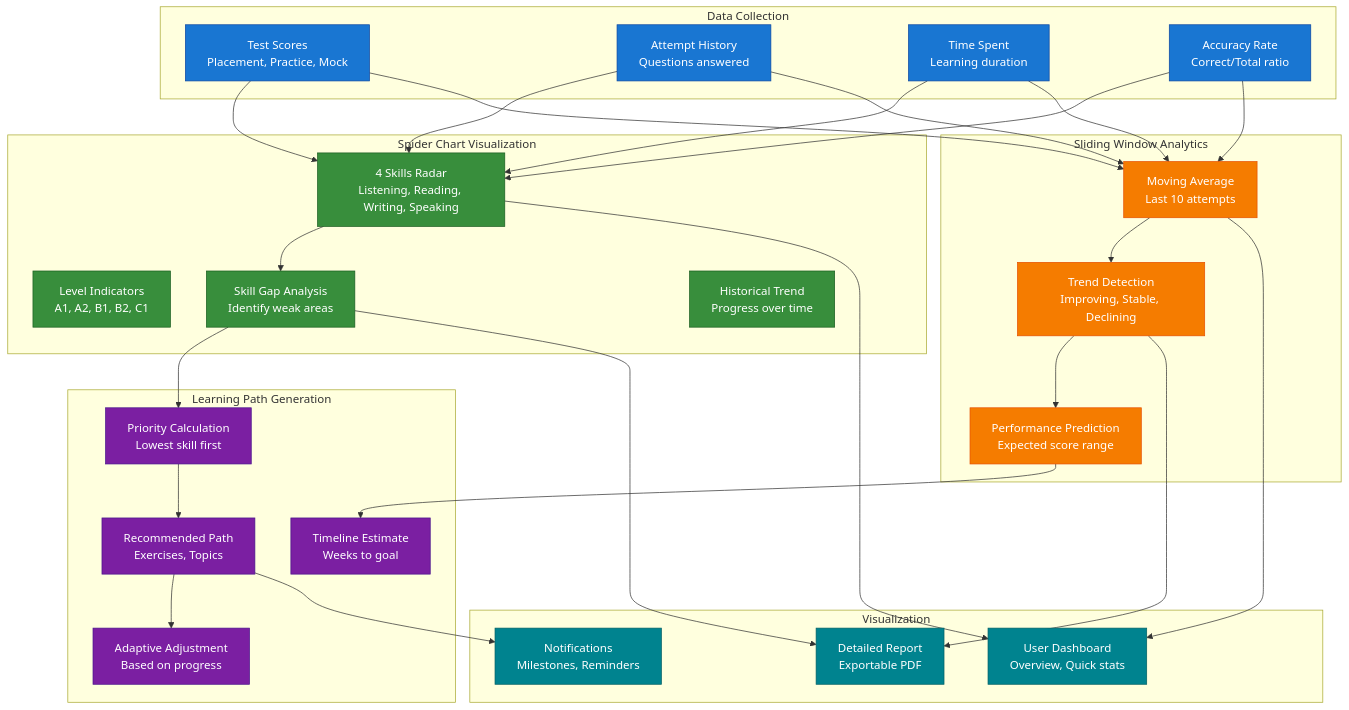
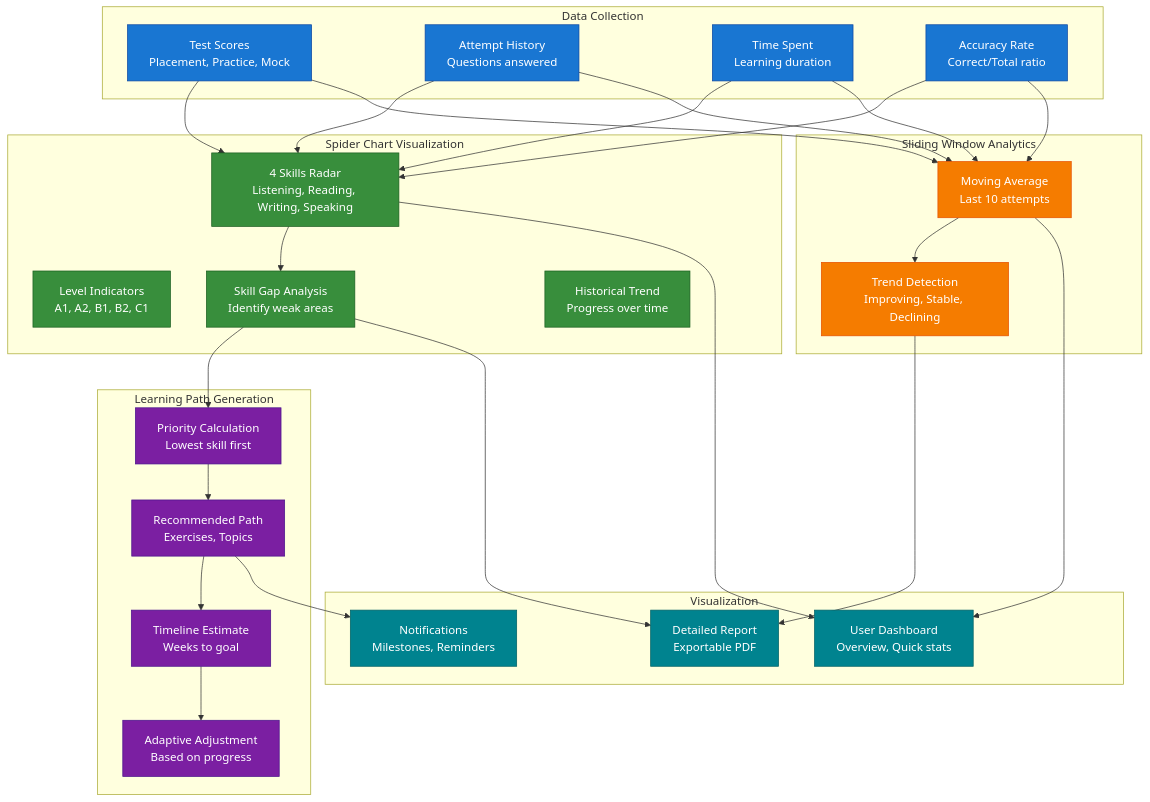
Before and after one commit to nghyane/VSTEP: the seventh of 8 diagrams in docs/capstone/diagrams/flow-diagrams.vi.md, drawn with Mermaid. The commit also changed other lines of this file, not shown here.

Commit message:
docs: remove non-MVP features from flow diagrams
- Remove MFA (not in MVP)
- Remove Certificate output (not in MVP)
- Remove Performance Prediction (not in MVP)

````diff
--- a/docs/capstone/diagrams/flow-diagrams.vi.md
+++ b/docs/capstone/diagrams/flow-diagrams.vi.md
@@ -408,68 +406,66 @@
 ```mermaid
 flowchart TB
     subgraph DataCollection ["Data Collection"]
         Scores["Test Scores<br/>Placement, Practice, Mock"]
         Attempts["Attempt History<br/>Questions answered"]
         Time["Time Spent<br/>Learning duration"]
         Accuracy["Accuracy Rate<br/>Correct/Total ratio"]
     end
 
     subgraph SpiderChart ["Spider Chart Visualization"]
         Skills["4 Skills Radar<br/>Listening, Reading, Writing, Speaking"]
         Levels["Level Indicators<br/>A1, A2, B1, B2, C1"]
         Gap["Skill Gap Analysis<br/>Identify weak areas"]
         History["Historical Trend<br/>Progress over time"]
     end
 
     subgraph SlidingWindow ["Sliding Window Analytics"]
         Window["Moving Average<br/>Last 10 attempts"]
         Trend["Trend Detection<br/>Improving, Stable, Declining"]
-        Prediction["Performance Prediction<br/>Expected score range"]
     end
 
     subgraph LearningPath ["Learning Path Generation"]
         Priority["Priority Calculation<br/>Lowest skill first"]
         Path["Recommended Path<br/>Exercises, Topics"]
         Timeline["Timeline Estimate<br/>Weeks to goal"]
         Adjust["Adaptive Adjustment<br/>Based on progress"]
     end
 
     subgraph Visualization ["Visualization"]
         Dashboard["User Dashboard<br/>Overview, Quick stats"]
         Report2["Detailed Report<br/>Exportable PDF"]
         Notification["Notifications<br/>Milestones, Reminders"]
     end
 
     Scores --> Skills
     Scores --> Window
     Attempts --> Skills
     Attempts --> Window
     Time --> Skills
     Time --> Window
     Accuracy --> Skills
     Accuracy --> Window
     Skills --> Gap
     Gap --> Priority
     Window --> Trend
-    Trend --> Prediction
     Priority --> Path
-    Prediction --> Timeline
-    Path --> Adjust
+    Path --> Timeline
+    Timeline --> Adjust
     Skills --> Dashboard
     Window --> Dashboard
     Gap --> Report2
     Trend --> Report2
     Path --> Notification
 
     classDef data fill:#1976d2,stroke:#0d47a1,color:#fff
     classDef spider fill:#388e3c,stroke:#1b5e20,color:#fff
     classDef sliding fill:#f57c00,stroke:#e65100,color:#fff
     classDef path fill:#7b1fa2,stroke:#4a148c,color:#fff
     classDef viz fill:#00838f,stroke:#006064,color:#fff
 
     class Scores,Attempts,Time,Accuracy data
     class Skills,Levels,Gap,History spider
-    class Window,Trend,Prediction sliding
+    class Window,Trend sliding
     class Priority,Path,Timeline,Adjust path
     class Dashboard,Report2,Notification viz
 ```
````
